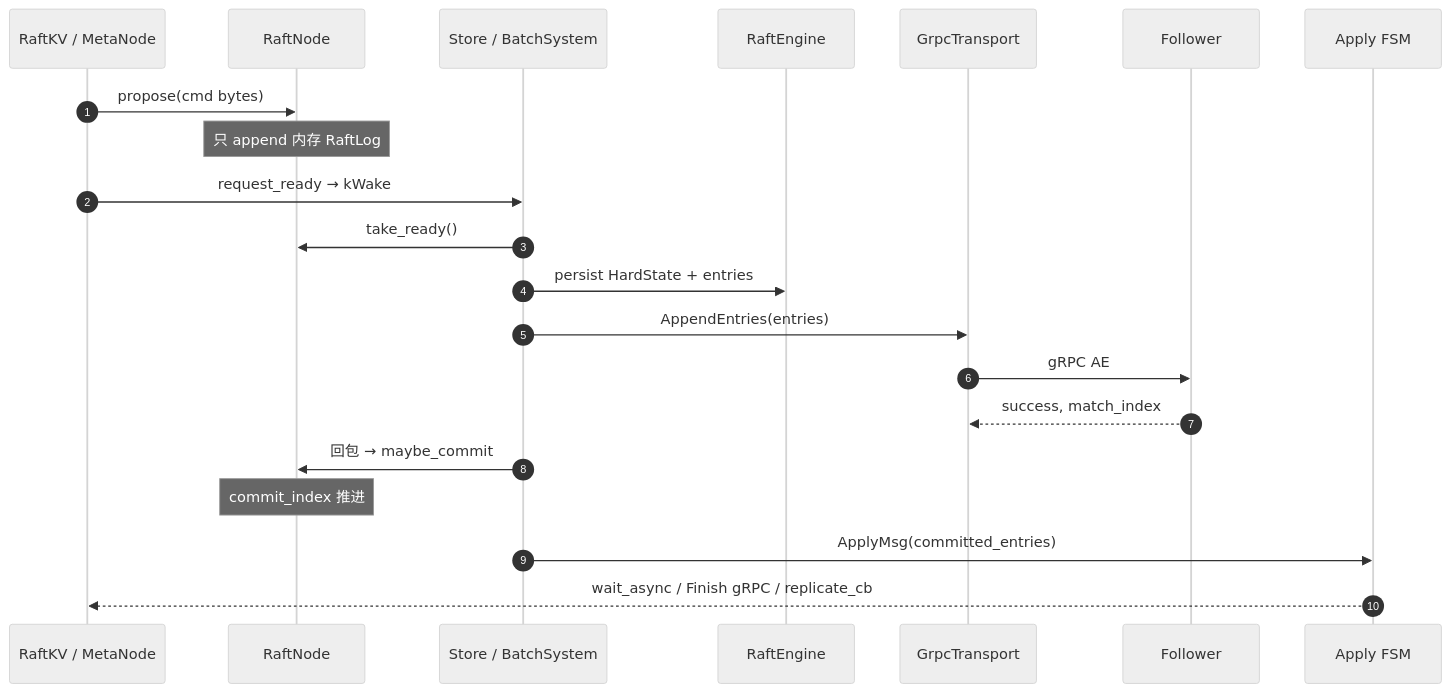
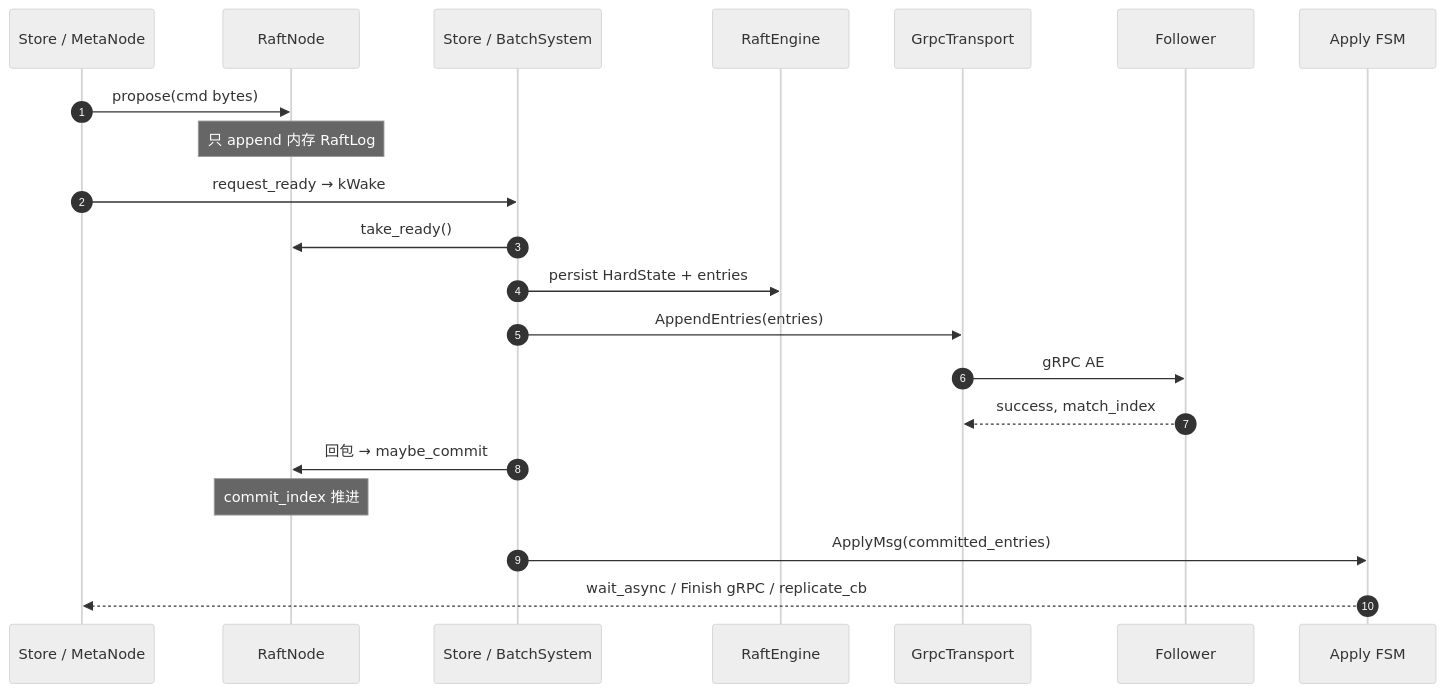
One commit to devotionalist/openkv changed the seventh of 7 diagrams in docs/flows/06-raft-election-commit.md. Above: the diagram before and after it, drawn with Mermaid (neutral theme). The commit also changed other lines of this file and 196 other files, not shown here.

First line of the commit message:
Fold Storage Raft writes into Store and adopt Google C++20 formatting.

````diff
--- a/docs/flows/06-raft-election-commit.md
+++ b/docs/flows/06-raft-election-commit.md
@@ -190,24 +190,24 @@
 ```mermaid
 sequenceDiagram
   autonumber
-  participant KV as RaftKV / MetaNode
+  participant KV as Store / MetaNode
   participant RN as RaftNode
   participant St as Store / BatchSystem
   participant Eng as RaftEngine
   participant Net as GrpcTransport
   participant F as Follower
   participant FSM as Apply FSM
 
   KV->>RN: propose(cmd bytes)
   Note over RN: 只 append 内存 RaftLog
   KV->>St: request_ready → kWake
   St->>RN: take_ready()
   St->>Eng: persist HardState + entries
   St->>Net: AppendEntries(entries)
   Net->>F: gRPC AE
   F-->>Net: success, match_index
   St->>RN: 回包 → maybe_commit
   Note over RN: commit_index 推进
   St->>FSM: ApplyMsg(committed_entries)
   FSM-->>KV: wait_async / Finish gRPC / replicate_cb
 ```
````
